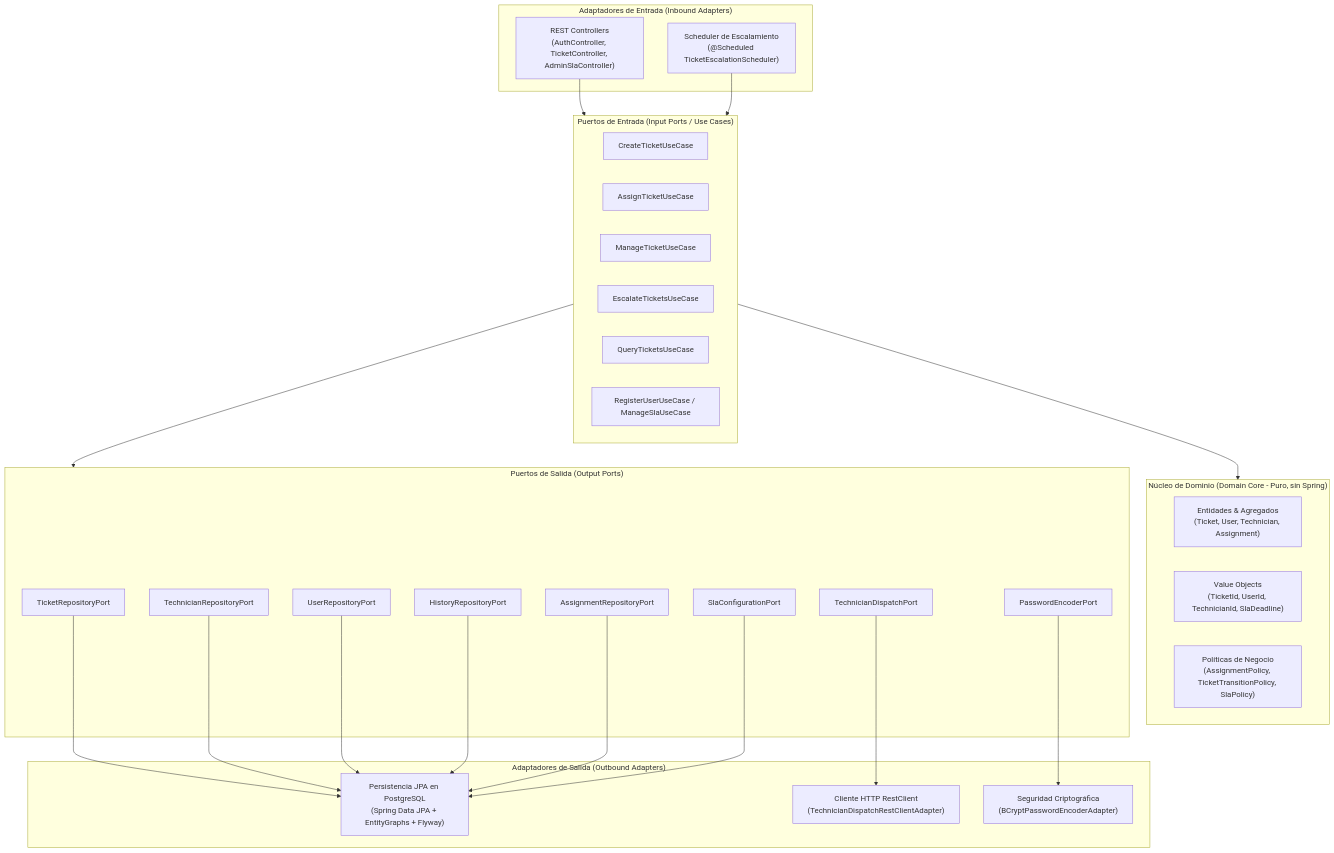
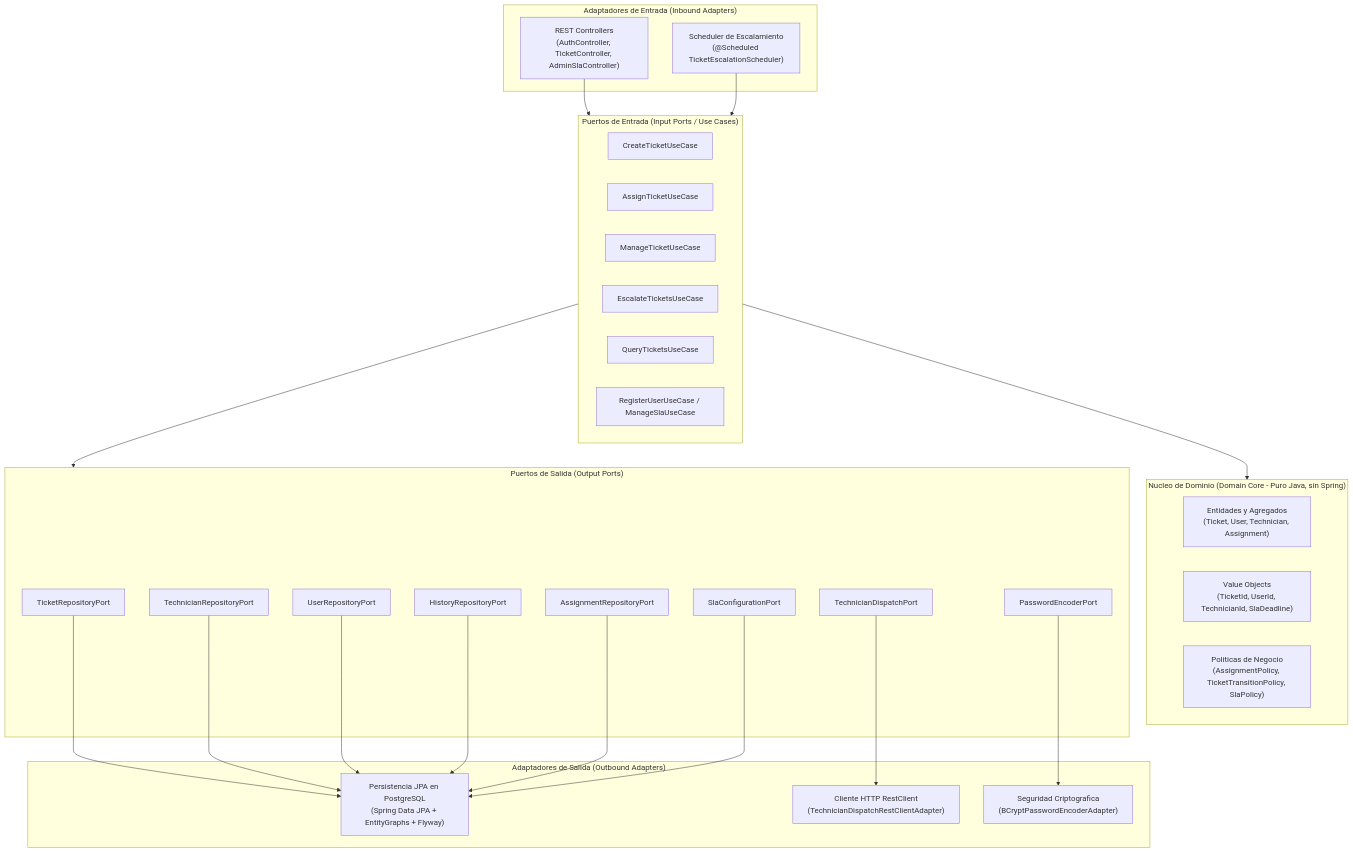
Before and after one commit to JuanGale-20/HelpFlow: the first of 3 diagrams in README.md, drawn with Mermaid. The commit also changed other lines of this file and 1 other file, not shown here.

````diff
--- a/README.md
+++ b/README.md
@@ -55,52 +21,52 @@
 ```mermaid
 flowchart TD
     subgraph AdaptadoresEntrada["Adaptadores de Entrada (Inbound Adapters)"]
         REST["REST Controllers<br/>(AuthController, TicketController, AdminSlaController)"]
         CRON["Scheduler de Escalamiento<br/>(@Scheduled TicketEscalationScheduler)"]
     end
 
     subgraph PuertosEntrada["Puertos de Entrada (Input Ports / Use Cases)"]
         CreateUC["CreateTicketUseCase"]
         AssignUC["AssignTicketUseCase"]
         ManageUC["ManageTicketUseCase"]
         EscalateUC["EscalateTicketsUseCase"]
         QueryUC["QueryTicketsUseCase"]
         AuthUC["RegisterUserUseCase / ManageSlaUseCase"]
     end
 
-    subgraph DominioPuro["Núcleo de Dominio (Domain Core - Puro, sin Spring)"]
-        Entities["Entidades & Agregados<br/>(Ticket, User, Technician, Assignment)"]
+    subgraph DominioPuro["Nucleo de Dominio (Domain Core - Puro Java, sin Spring)"]
+        Entities["Entidades y Agregados<br/>(Ticket, User, Technician, Assignment)"]
         VO["Value Objects<br/>(TicketId, UserId, TechnicianId, SlaDeadline)"]
-        Policies["Políticas de Negocio<br/>(AssignmentPolicy, TicketTransitionPolicy, SlaPolicy)"]
+        Policies["Politicas de Negocio<br/>(AssignmentPolicy, TicketTransitionPolicy, SlaPolicy)"]
     end
 
     subgraph PuertosSalida["Puertos de Salida (Output Ports)"]
         TicketRepoPort["TicketRepositoryPort"]
         TechRepoPort["TechnicianRepositoryPort"]
         UserRepoPort["UserRepositoryPort"]
         HistoryRepoPort["HistoryRepositoryPort"]
         AssignRepoPort["AssignmentRepositoryPort"]
         SlaPort["SlaConfigurationPort"]
         DispatchPort["TechnicianDispatchPort"]
         PassPort["PasswordEncoderPort"]
     end
 
     subgraph AdaptadoresSalida["Adaptadores de Salida (Outbound Adapters)"]
         JPA["Persistencia JPA en PostgreSQL<br/>(Spring Data JPA + EntityGraphs + Flyway)"]
         RestClient["Cliente HTTP RestClient<br/>(TechnicianDispatchRestClientAdapter)"]
-        Security["Seguridad Criptográfica<br/>(BCryptPasswordEncoderAdapter)"]
+        Security["Seguridad Criptografica<br/>(BCryptPasswordEncoderAdapter)"]
     end
 
     REST --> PuertosEntrada
     CRON --> PuertosEntrada
     PuertosEntrada --> DominioPuro
     PuertosEntrada --> PuertosSalida
     TicketRepoPort --> JPA
     TechRepoPort --> JPA
     UserRepoPort --> JPA
     HistoryRepoPort --> JPA
     AssignRepoPort --> JPA
     SlaPort --> JPA
     DispatchPort --> RestClient
     PassPort --> Security
 ```
````
